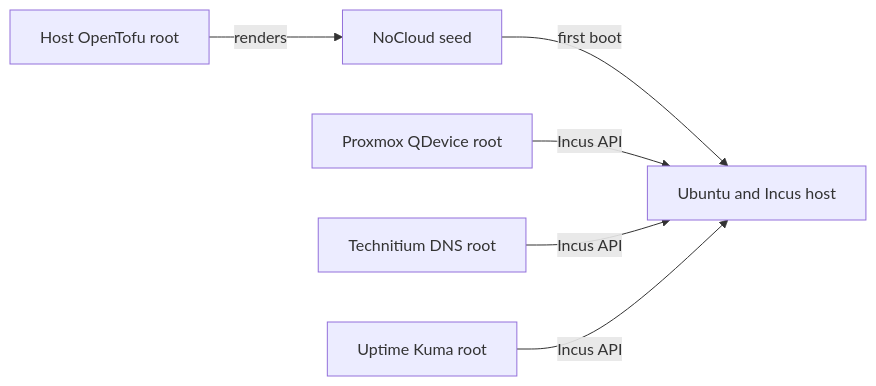
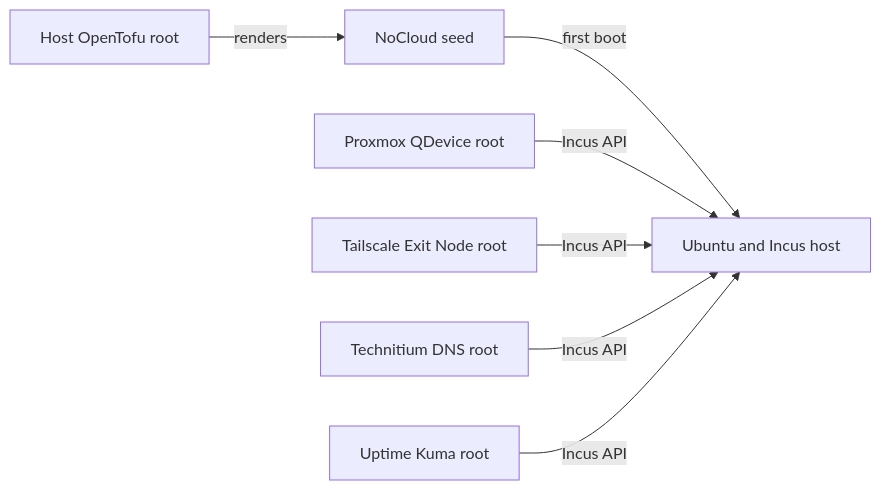
Before and after one commit to lexedwards/homelab: the diagram in hosts/micro-node/README.md, drawn with Mermaid. The commit also changed other lines of this file and 11 other files, not shown here.

Commit message:
feat(services): add tailscale exit node

````diff
--- a/hosts/micro-node/README.md
+++ b/hosts/micro-node/README.md
@@ -120,8 +121,9 @@
 ```mermaid
 flowchart LR
     T[Host OpenTofu root] -->|renders| S[NoCloud seed]
     S -->|first boot| H[Ubuntu and Incus host]
     Q[Proxmox QDevice root] -->|Incus API| H
+    E[Tailscale Exit Node root] -->|Incus API| H
     D[Technitium DNS root] -->|Incus API| H
     U[Uptime Kuma root] -->|Incus API| H
 ```
````
